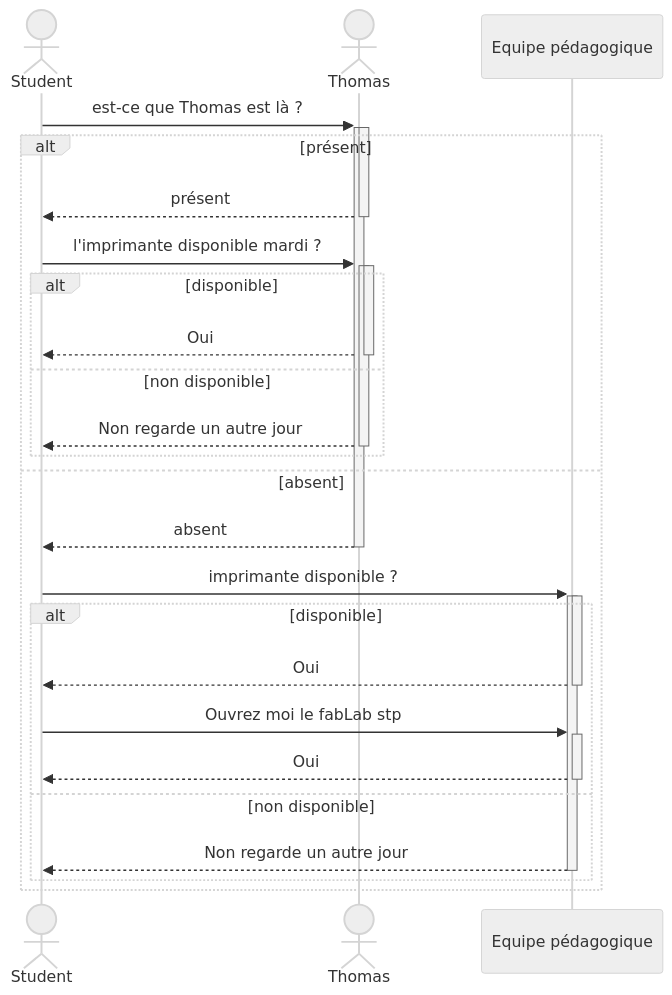
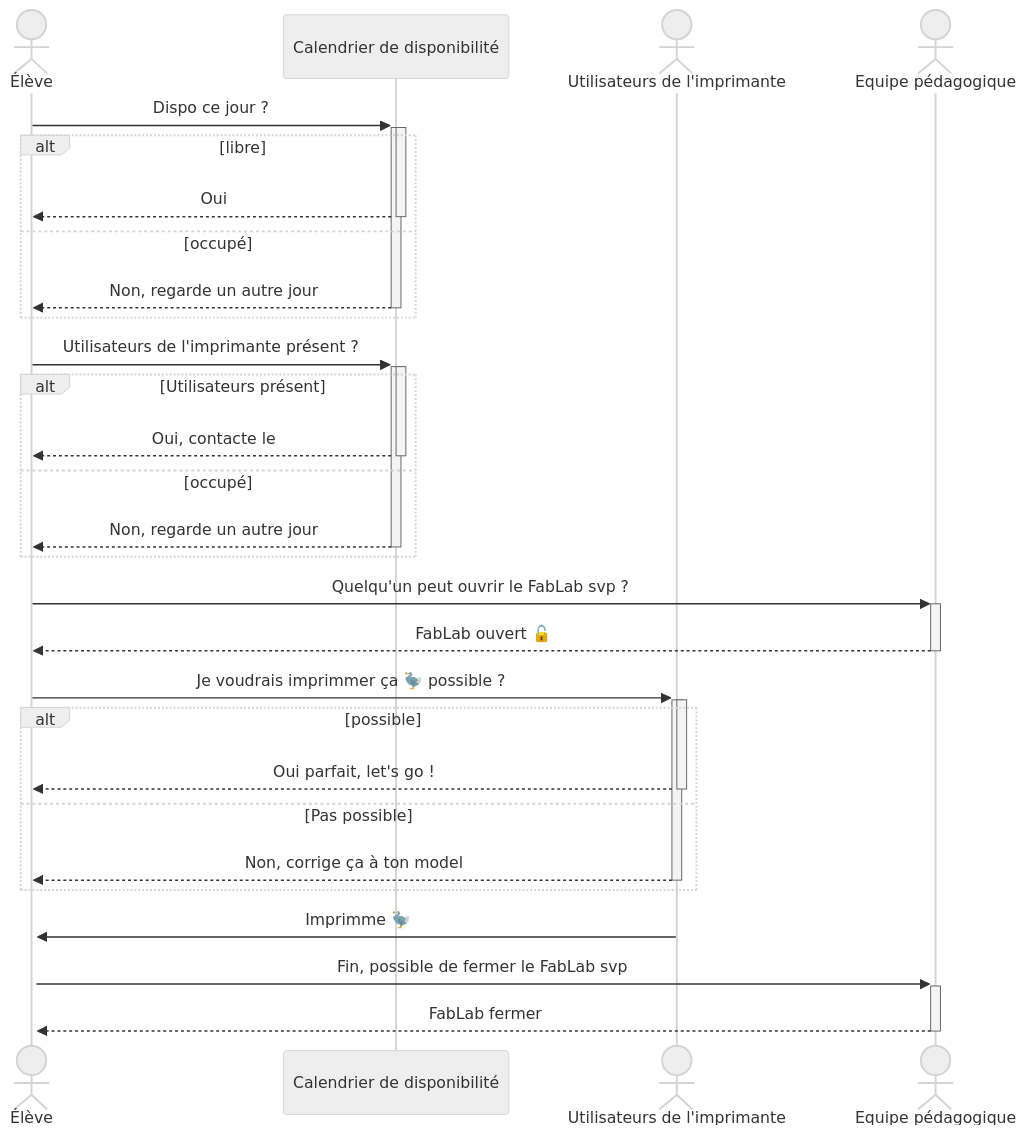
Before and after one commit to Jacma-pro/UML: the first of 3 diagrams in TP-imprimante-3D.md, drawn with Mermaid (neutral theme). The commit also changed other lines of this file, not shown here.

Commit message:
Update sequence diagram for printer organization process

````diff
--- a/TP-imprimante-3D.md
+++ b/TP-imprimante-3D.md
@@ -18,30 +18,38 @@
 ```mermaid
 sequenceDiagram
-    actor Student
-    actor Thomas
-    participant Peda as Equipe pédagogique
+    actor Student as Élève
+    participant Calendar as Calendrier de disponibilité 
+    actor User as Utilisateurs de l'imprimante
+    actor Peda as Equipe pédagogique
 
-    Student->>+Thomas: est-ce que Thomas est là ?
-    activate Thomas
-    alt présent
-        Thomas-->>-Student: présent
-        Student->>+Thomas: l'imprimante disponible mardi ?
-        activate Thomas
-        alt disponible
-            Thomas-->>-Student: Oui
-        else non disponible
-            Thomas-->>-Student: Non regarde un autre jour
-        end
-    else absent
-        Thomas-->>-Student: absent
-        Student->>+Peda: imprimante disponible ?
-        activate Peda
-        alt disponible
-            Peda-->>-Student: Oui
-            Student->>+Peda: Ouvrez moi le fabLab stp
-            Peda-->>-Student: Oui
-        else non disponible
-            Peda-->>-Student: Non regarde un autre jour
-        end
+    Student->>+Calendar: Dispo ce jour ?
+    activate Calendar
+    alt libre
+        Calendar-->>-Student: Oui
+    else occupé
+        Calendar-->>-Student: Non, regarde un autre jour
     end
+
+    Student->>+Calendar: Utilisateurs de l'imprimante présent ?
+    activate Calendar
+    alt Utilisateurs présent
+        Calendar-->>-Student: Oui, contacte le
+    else occupé
+        Calendar-->>-Student: Non, regarde un autre jour
+    end
+
+    Student->>+Peda: Quelqu'un peut ouvrir le FabLab svp ?
+    Peda-->>-Student: FabLab ouvert 🔓
+
+    Student->>+User: Je voudrais imprimmer ça 🦤 possible ?
+    activate User
+    alt possible
+        User-->>-Student: Oui parfait, let's go !
+    else Pas possible
+        User-->>-Student: Non, corrige ça à ton model
+    end
+
+    User->>+Student: Imprimme 🦤
+    Student->>+Peda: Fin, possible de fermer le FabLab svp
+    Peda-->>-Student: FabLab fermer
 ```
````
